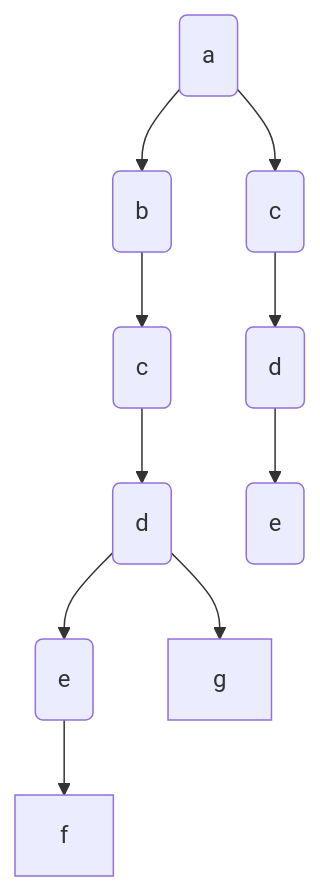
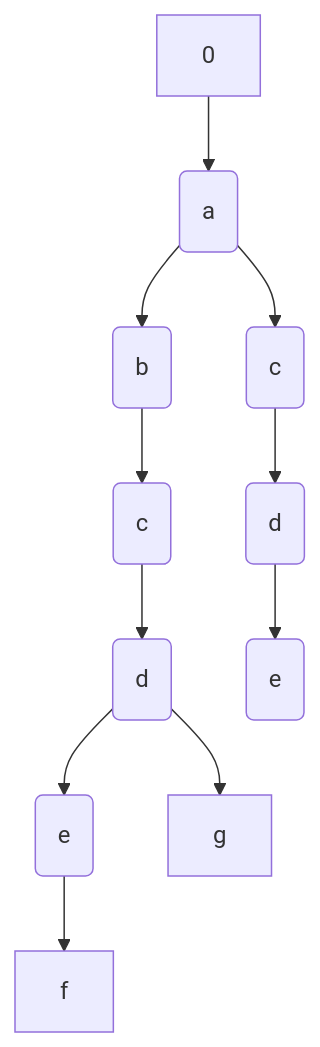
One commit to yokingyan/Algorithm-Learning changed the third of 5 diagrams in AcWing-Class/算法基础课/数据结构.md. Above: the diagram before and after it, drawn with Mermaid. The commit also changed other lines of this file, not shown here.

````diff
--- a/AcWing-Class/算法基础课/数据结构.md
+++ b/AcWing-Class/算法基础课/数据结构.md
@@ -713,7 +713,7 @@
 ```mermaid
 graph TD;
-    a(a)-->b(b);b(b)-->c1(c);c1-->d1(d);d1-->e1(e);e1-->f;
+    0-->a(a)-->b(b);b(b)-->c1(c);c1-->d1(d);d1-->e1(e);e1-->f;
     d1-->g;
     a(a)-->c2(c);c2-->d2(d);d2-->e2(e);
     
 ```
````
